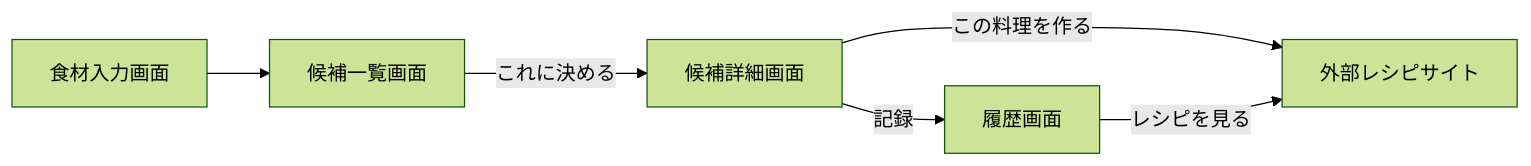
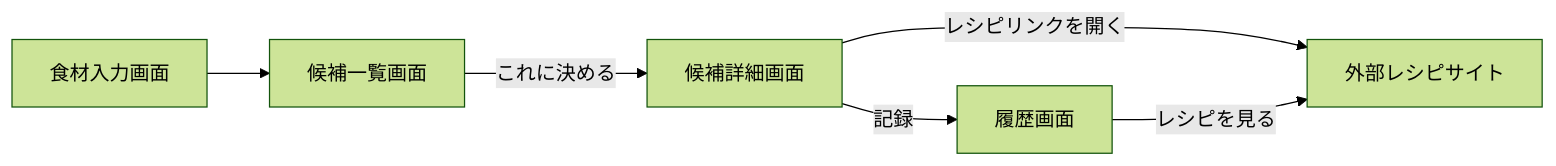
One commit to kikiki-0604/1015_study changed the second of 2 diagrams in docs/requirements.md. Above: the diagram before and after it, drawn with Mermaid (forest theme). The commit also changed other lines of this file and 20 other files, not shown here.

````diff
--- a/docs/requirements.md
+++ b/docs/requirements.md
@@ -55,8 +55,8 @@
 ```mermaid
 flowchart LR
     T[食材入力画面] --> L[候補一覧画面]
     L -->|これに決める| N[候補詳細画面]
-    N -->|この料理を作る| R[外部レシピサイト]
+    N -->|レシピリンクを開く| R[外部レシピサイト]
     N -->|記録| H[履歴画面]
     H -->|レシピを見る| R
 ```
````
